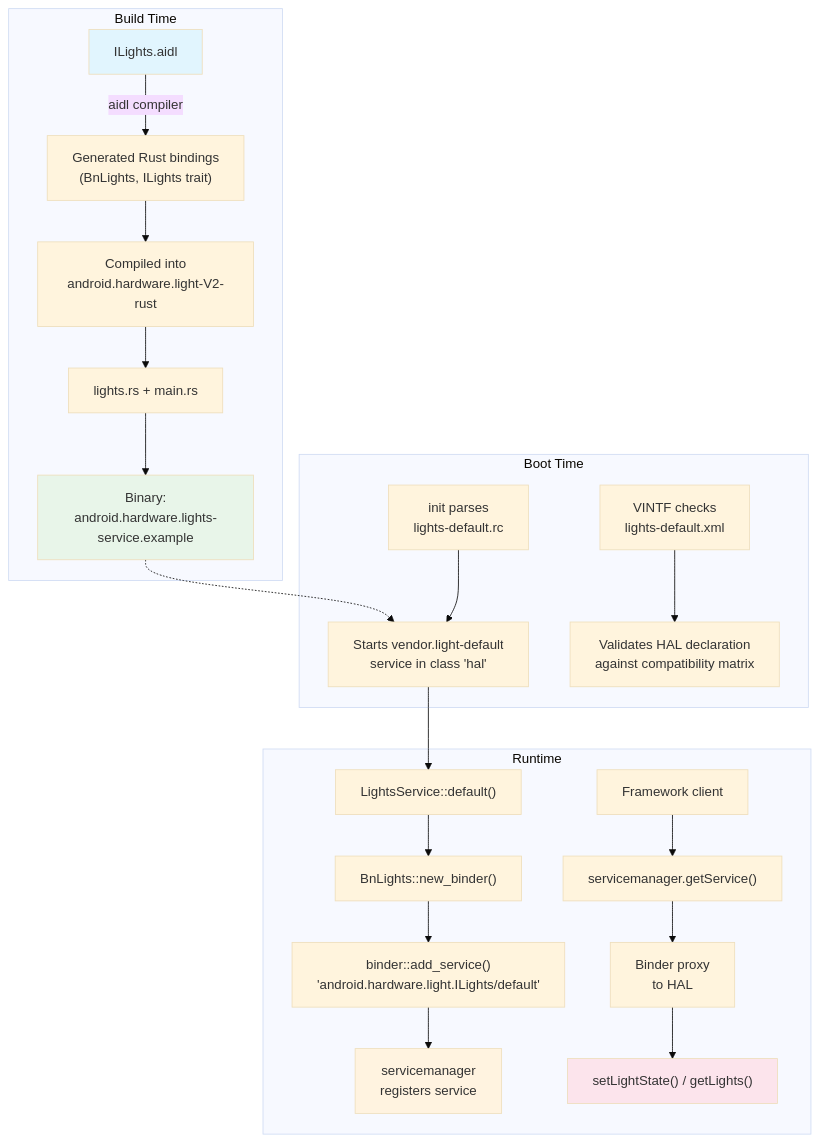
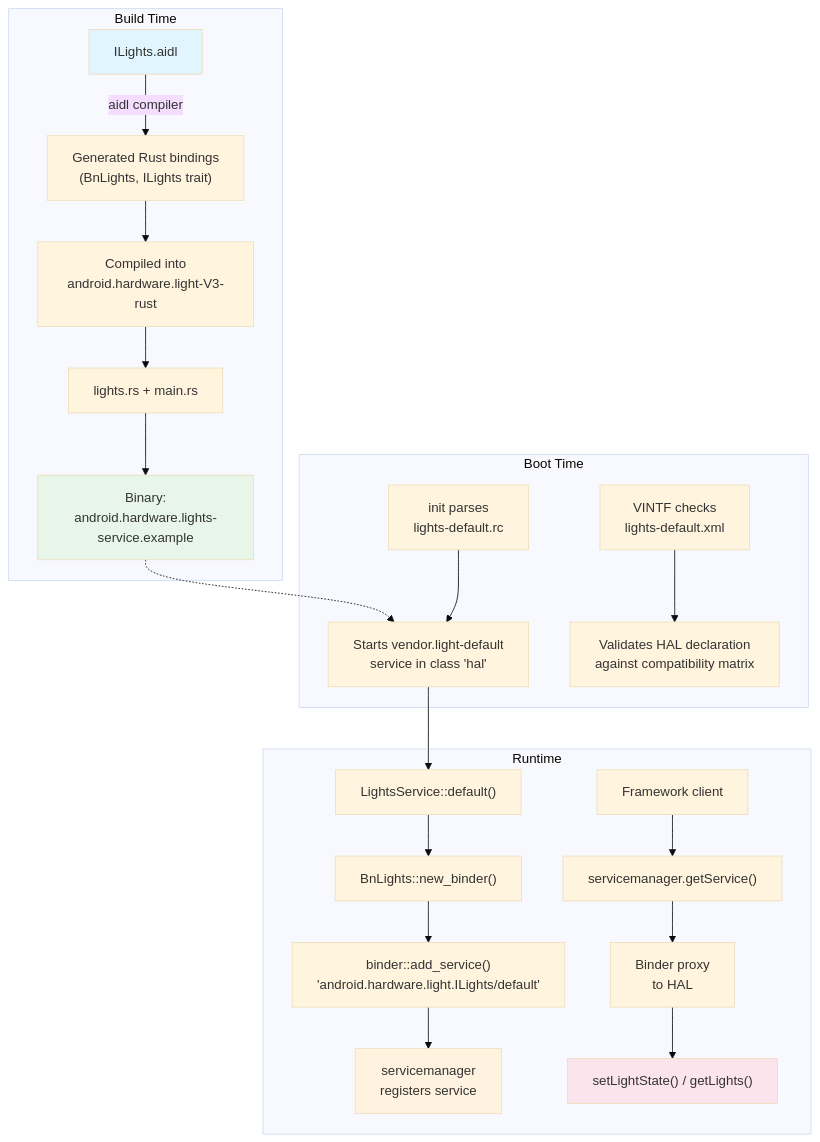
Before and after one commit to aospbooks/aosp-internal-book: the tenth of 28 diagrams in 10-hal.md, drawn with Mermaid (base theme). The commit also changed other lines of this file and 68 other files, not shown here.

````diff
--- a/10-hal.md
+++ b/10-hal.md
@@ -1714,31 +1749,31 @@
 ```mermaid
 flowchart TD
     subgraph "Build Time"
         A1["ILights.aidl"] -->|"aidl compiler"| A2["Generated Rust bindings<br/>(BnLights, ILights trait)"]
-        A2 --> A3["Compiled into<br/>android.hardware.light-V2-rust"]
+        A2 --> A3["Compiled into<br/>android.hardware.light-V3-rust"]
         A3 --> A4["lights.rs + main.rs"]
         A4 --> A5["Binary:<br/>android.hardware.lights-service.example"]
     end
 
     subgraph "Boot Time"
         B1["init parses<br/>lights-default.rc"] --> B2["Starts vendor.light-default<br/>service in class 'hal'"]
         B3["VINTF checks<br/>lights-default.xml"] --> B4["Validates HAL declaration<br/>against compatibility matrix"]
     end
 
     subgraph "Runtime"
         C1["LightsService::default()"] --> C2["BnLights::new_binder()"]
         C2 --> C3["binder::add_service()<br/>'android.hardware.light.ILights/default'"]
         C3 --> C4["servicemanager<br/>registers service"]
         C5["Framework client"] --> C6["servicemanager.getService()"]
         C6 --> C7["Binder proxy<br/>to HAL"]
         C7 --> C8["setLightState() / getLights()"]
     end
 
     A5 -.-> B2
     B2 --> C1
 
     style A1 fill:#e1f5fe
     style A5 fill:#e8f5e9
     style C4 fill:#fff3e0
     style C8 fill:#fce4ec
 ```
````
